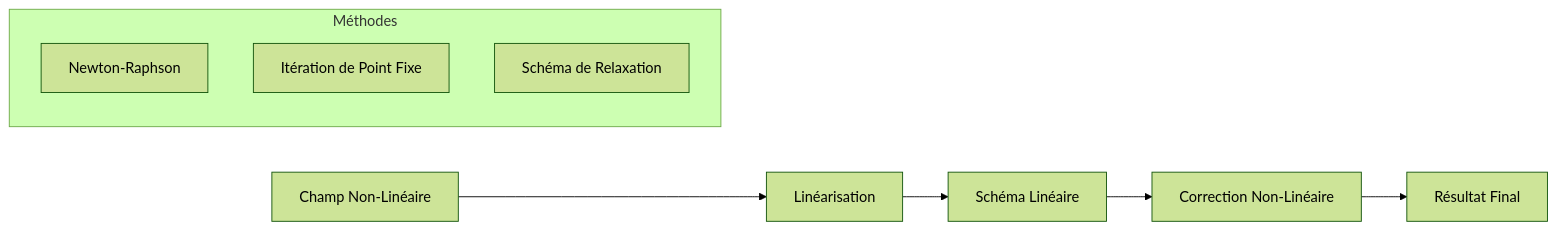
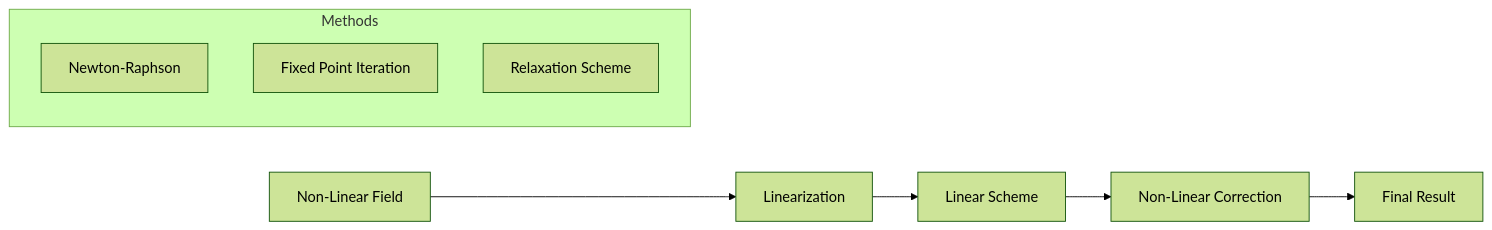
One commit to sbstndb/samurai changed diagram 13 of 19 in docs/numerical_schemes.md. Above: the diagram before and after it, drawn with Mermaid (forest theme). The commit also changed other lines of this file and 8 other files, not shown here.

````diff
--- a/docs/numerical_schemes.md
+++ b/docs/numerical_schemes.md
@@ -383,13 +383,13 @@
 ```mermaid
 graph LR
-    A[Champ Non-Linéaire] --> B[Linéarisation]
-    B --> C[Schéma Linéaire]
-    C --> D[Correction Non-Linéaire]
-    D --> E[Résultat Final]
+    A[Non-Linear Field] --> B[Linearization]
+    B --> C[Linear Scheme]
+    C --> D[Non-Linear Correction]
+    D --> E[Final Result]
     
-    subgraph "Méthodes"
+    subgraph "Methods"
         F[Newton-Raphson]
-        G[Itération de Point Fixe]
-        H[Schéma de Relaxation]
+        G[Fixed Point Iteration]
+        H[Relaxation Scheme]
     end
 ```
````
